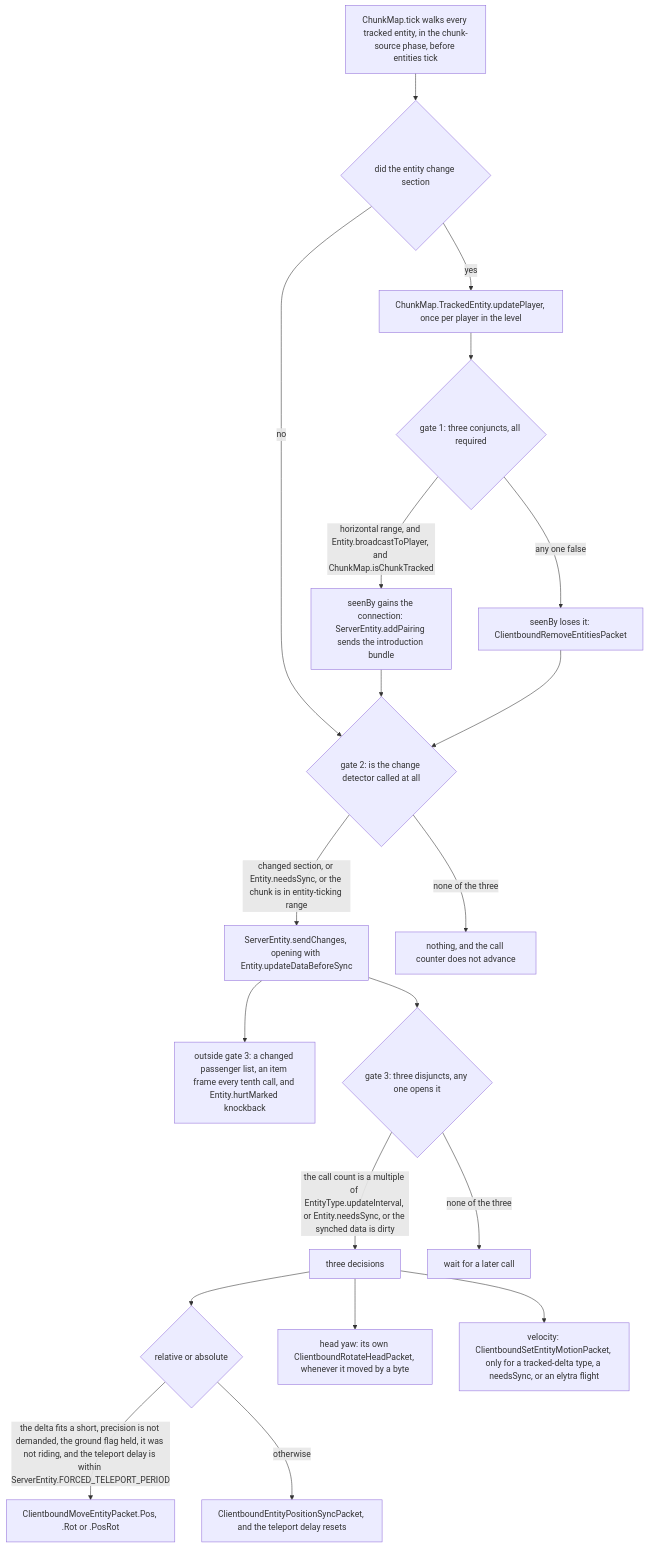
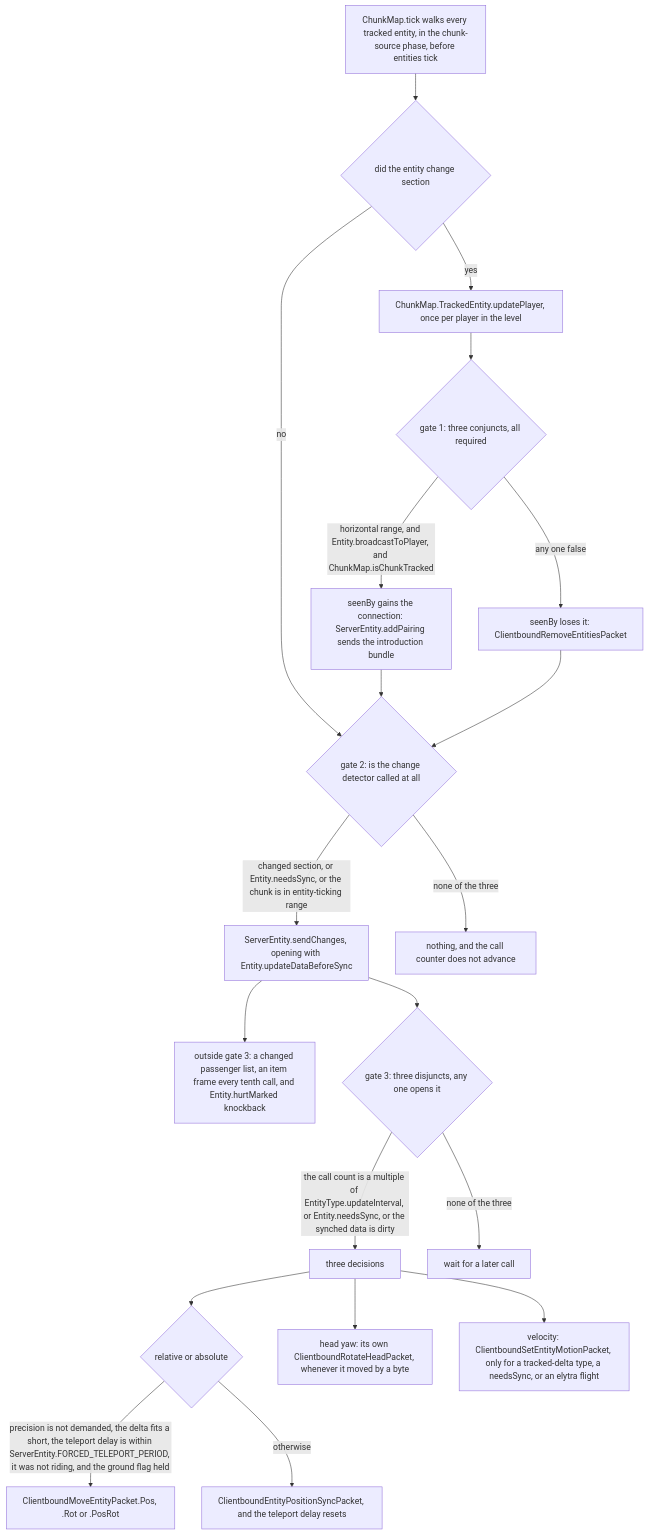
Before and after one commit to AlexanderjFraser/MinecraftDocs: the first of 2 diagrams in src/systems/networking/what-the-client-is-told.md, drawn with Mermaid. The commit also changed other lines of this file and 12 other files, not shown here.

````diff
--- a/src/systems/networking/what-the-client-is-told.md
+++ b/src/systems/networking/what-the-client-is-told.md
@@ -32,22 +34,22 @@
 ```mermaid
 flowchart TD
     TICK["ChunkMap.tick walks every tracked entity, in the chunk-source phase, before entities tick"] --> SEC{"did the entity change section"}
     SEC -- yes --> UP["ChunkMap.TrackedEntity.updatePlayer, once per player in the level"]
     UP --> G1{"gate 1: three conjuncts, all required"}
     G1 -- "horizontal range, and Entity.broadcastToPlayer, and ChunkMap.isChunkTracked" --> IN["seenBy gains the connection: ServerEntity.addPairing sends the introduction bundle"]
     G1 -- "any one false" --> OUT["seenBy loses it: ClientboundRemoveEntitiesPacket"]
     SEC -- no --> G2{"gate 2: is the change detector called at all"}
     IN --> G2
     OUT --> G2
     G2 -- "changed section, or Entity.needsSync, or the chunk is in entity-ticking range" --> SC["ServerEntity.sendChanges, opening with Entity.updateDataBeforeSync"]
     G2 -- "none of the three" --> MUTE["nothing, and the call counter does not advance"]
     SC --> FREE["outside gate 3: a changed passenger list, an item frame every tenth call, and Entity.hurtMarked knockback"]
     SC --> G3{"gate 3: three disjuncts, any one opens it"}
     G3 -- "the call count is a multiple of EntityType.updateInterval, or Entity.needsSync, or the synched data is dirty" --> D["three decisions"]
     G3 -- "none of the three" --> WAIT["wait for a later call"]
     D --> D1{"relative or absolute"}
-    D1 -- "the delta fits a short, precision is not demanded, the ground flag held, it was not riding, and the teleport delay is within ServerEntity.FORCED_TELEPORT_PERIOD" --> REL["ClientboundMoveEntityPacket.Pos, .Rot or .PosRot"]
+    D1 -- "precision is not demanded, the delta fits a short, the teleport delay is within ServerEntity.FORCED_TELEPORT_PERIOD, it was not riding, and the ground flag held" --> REL["ClientboundMoveEntityPacket.Pos, .Rot or .PosRot"]
     D1 -- otherwise --> ABS["ClientboundEntityPositionSyncPacket, and the teleport delay resets"]
     D --> D2["head yaw: its own ClientboundRotateHeadPacket, whenever it moved by a byte"]
     D --> D3["velocity: ClientboundSetEntityMotionPacket, only for a tracked-delta type, a needsSync, or an elytra flight"]
 ```
````
